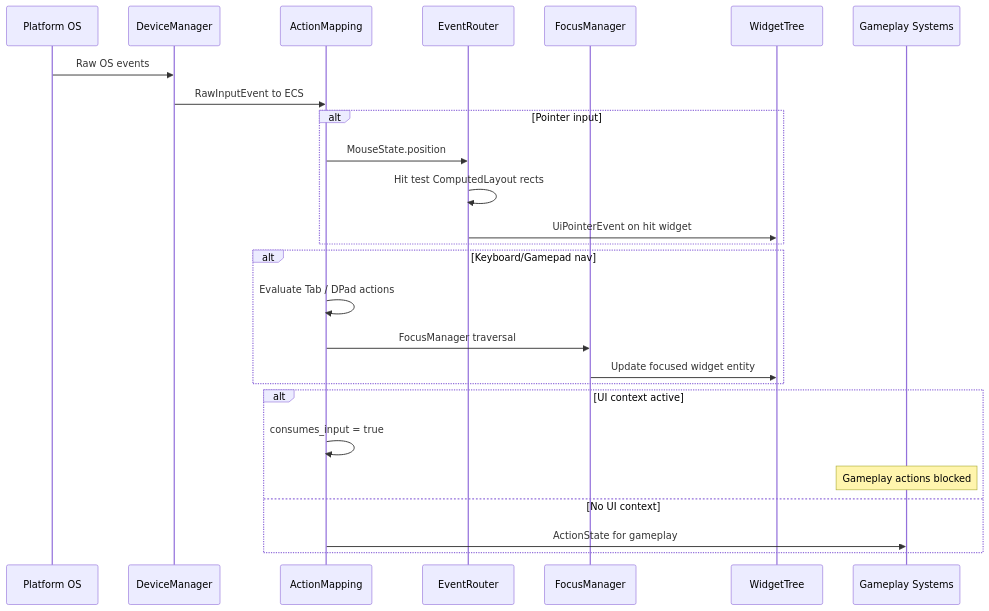
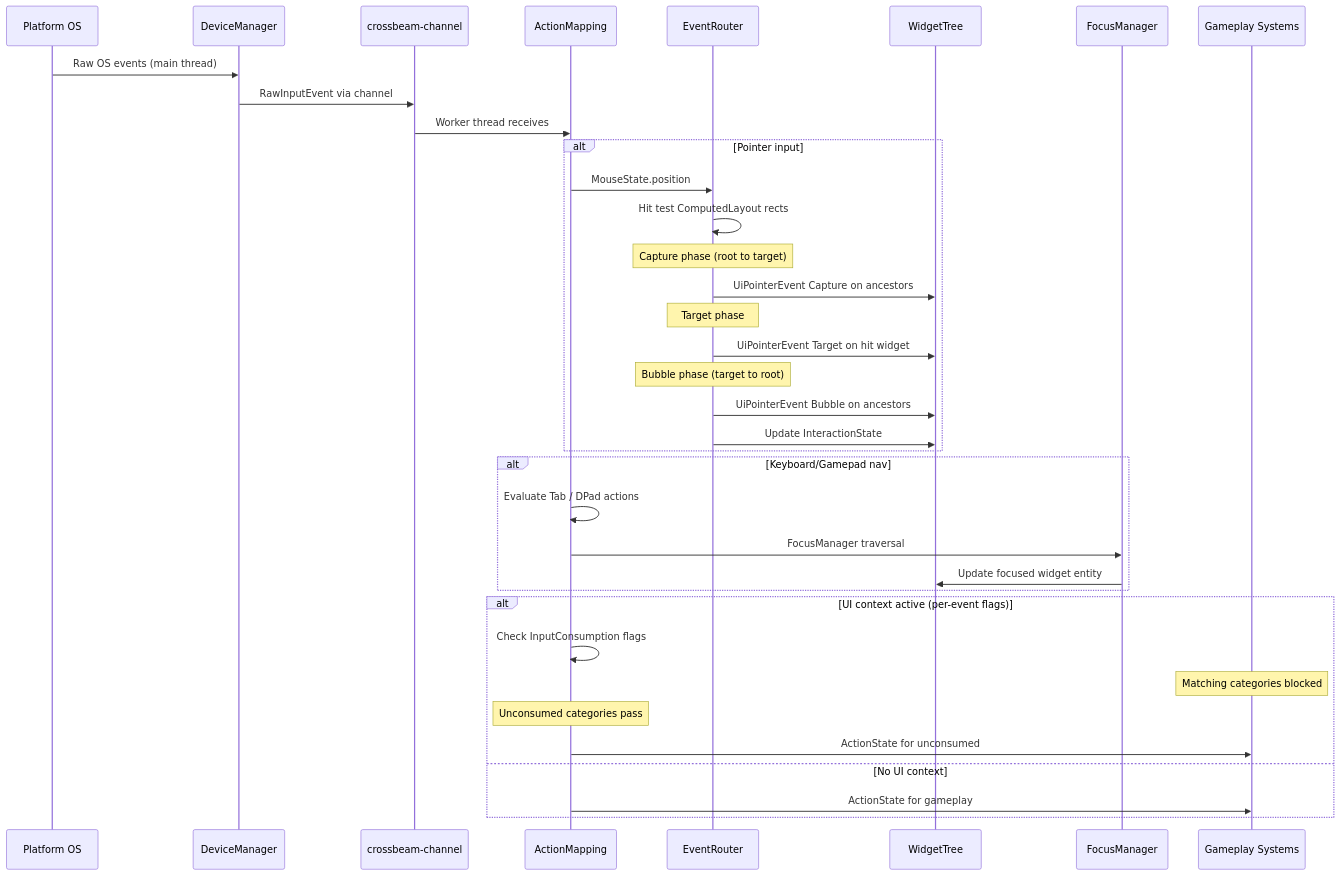
One commit to harmonius-dev/harmonius changed the first of 2 diagrams in docs/design/integration/input-ui.md. Above: the diagram before and after it, drawn with Mermaid. The commit also changed other lines of this file and 57 other files, not shown here.

````diff
--- a/docs/design/integration/input-ui.md
+++ b/docs/design/integration/input-ui.md
@@ -81,32 +132,42 @@
 ```mermaid
 sequenceDiagram
     participant OS as Platform OS
     participant DM as DeviceManager
+    participant CH as crossbeam-channel
     participant AM as ActionMapping
     participant ER as EventRouter
+    participant WT as WidgetTree
     participant FM as FocusManager
-    participant WT as WidgetTree
     participant GP as Gameplay Systems
 
-    OS->>DM: Raw OS events
-    DM->>AM: RawInputEvent to ECS
+    OS->>DM: Raw OS events (main thread)
+    DM->>CH: RawInputEvent via channel
+    CH->>AM: Worker thread receives
 
     alt Pointer input
         AM->>ER: MouseState.position
         ER->>ER: Hit test ComputedLayout rects
-        ER->>WT: UiPointerEvent on hit widget
+        Note over ER: Capture phase (root to target)
+        ER->>WT: UiPointerEvent Capture on ancestors
+        Note over ER: Target phase
+        ER->>WT: UiPointerEvent Target on hit widget
+        Note over ER: Bubble phase (target to root)
+        ER->>WT: UiPointerEvent Bubble on ancestors
+        ER->>WT: Update InteractionState
     end
 
     alt Keyboard/Gamepad nav
         AM->>AM: Evaluate Tab / DPad actions
         AM->>FM: FocusManager traversal
         FM->>WT: Update focused widget entity
     end
 
-    alt UI context active
-        AM->>AM: consumes_input = true
-        Note over GP: Gameplay actions blocked
+    alt UI context active (per-event flags)
+        AM->>AM: Check InputConsumption flags
+        Note over GP: Matching categories blocked
+        Note over AM: Unconsumed categories pass
+        AM->>GP: ActionState for unconsumed
     else No UI context
         AM->>GP: ActionState for gameplay
     end
 ```
````
